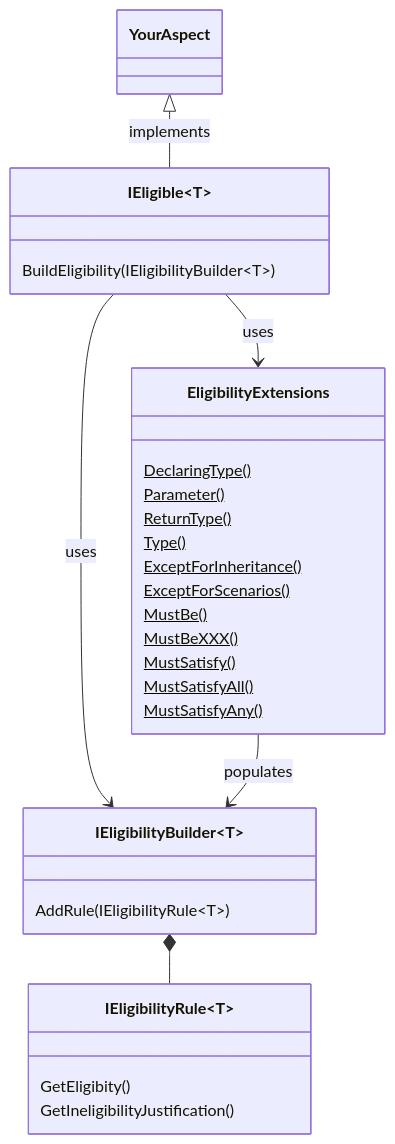
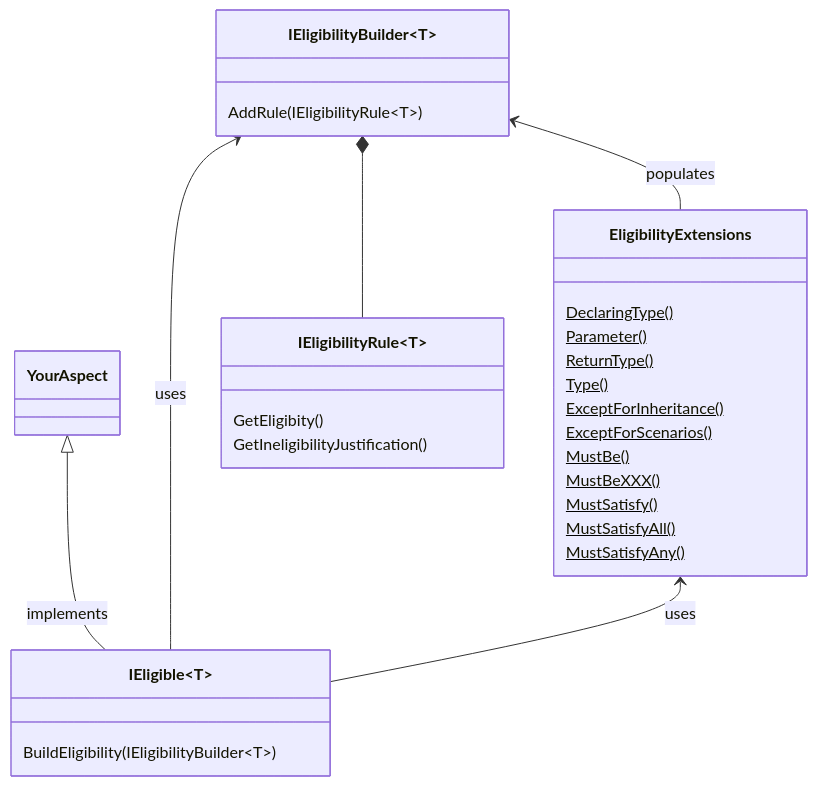
One commit to postsharp/Metalama.Documentation changed the diagram in docfx/namespaces/Metalama.Framework.Eligibility.md. Above: the diagram before and after it, drawn with Mermaid. The commit also changed 9 other files, not shown here.

Commit message:
Improved class diagrams

````diff
--- a/docfx/namespaces/Metalama.Framework.Eligibility.md
+++ b/docfx/namespaces/Metalama.Framework.Eligibility.md
@@ -19,41 +19,41 @@
 ```mermaid
 classDiagram
 
     class YourAspect {
 
     }
 
     class IEligible~T~ {
         BuildEligibility(IEligibilityBuilder~T~)
     }
 
     class IEligibilityBuilder~T~ {
         AddRule(IEligibilityRule~T~)
     }
 
     class EligibilityExtensions {
         DeclaringType()$
         Parameter()$
         ReturnType()$
         Type()$
         ExceptForInheritance()$
         ExceptForScenarios()$
         MustBe()$
         MustBeXXX()$
         MustSatisfy()$
         MustSatisfyAll()$
         MustSatisfyAny()$
     }
 
     class IEligibilityRule~T~ {
         GetEligibity()
         GetIneligibilityJustification()
     }
 
     YourAspect <|-- IEligible~T~ : implements
-    IEligible~T~ --> IEligibilityBuilder~T~ : uses
-    IEligible~T~ --> EligibilityExtensions : uses
-    EligibilityExtensions --> IEligibilityBuilder~T~ : populates
+    IEligibilityBuilder~T~ <-- IEligible~T~ : uses
+    EligibilityExtensions <-- IEligible~T~ : uses
+    IEligibilityBuilder~T~ <-- EligibilityExtensions : populates
     IEligibilityBuilder~T~ *-- IEligibilityRule~T~
 
 ```
````
